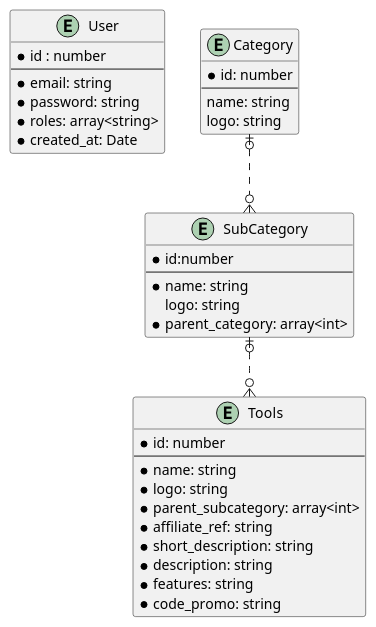
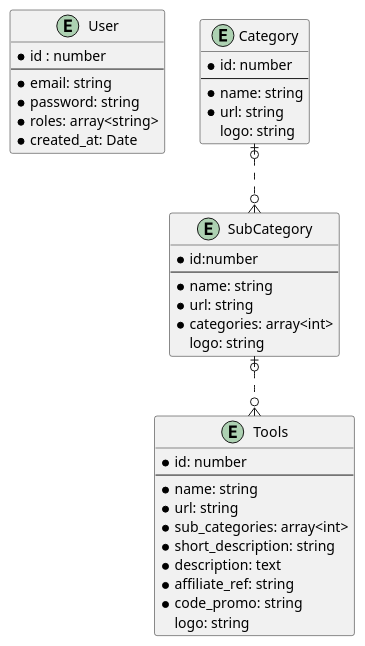
Before and after one commit to AlexisChup/digiwiki: the diagram in digiwiki.iuml, drawn with PlantUML. The commit also changed 5 other files, not shown here.

```diff
--- a/digiwiki.iuml
+++ b/digiwiki.iuml
@@ -1,41 +1,43 @@
 @startuml
 entity User {
   *id : number
   --
   *email: string
   *password: string
   *roles: array<string>
   *created_at: Date
 }
 
 entity "Category" as c01 {
   *id: number
   --
-  name: string
+  *name: string
+  *url: string
   logo: string
 }
 
 entity "SubCategory" as sc02 {
   *id:number
   --
   *name: string
+  *url: string
+  *categories: array<int>
   logo: string
-  *parent_category: array<int>
 }
 
 entity "Tools" as t03 {
   *id: number
   --
   *name: string
-  *logo: string  
-  *parent_subcategory: array<int>
+  *url: string
+  *sub_categories: array<int>
+  *short_description: string
+  *description: text
   *affiliate_ref: string
-  *short_description: string
-  *description: string
-  *features: string
   *code_promo: string
+  logo: string
 }
 
 c01 |o..o{  sc02
 sc02 |o..o{  t03
 @enduml
```
